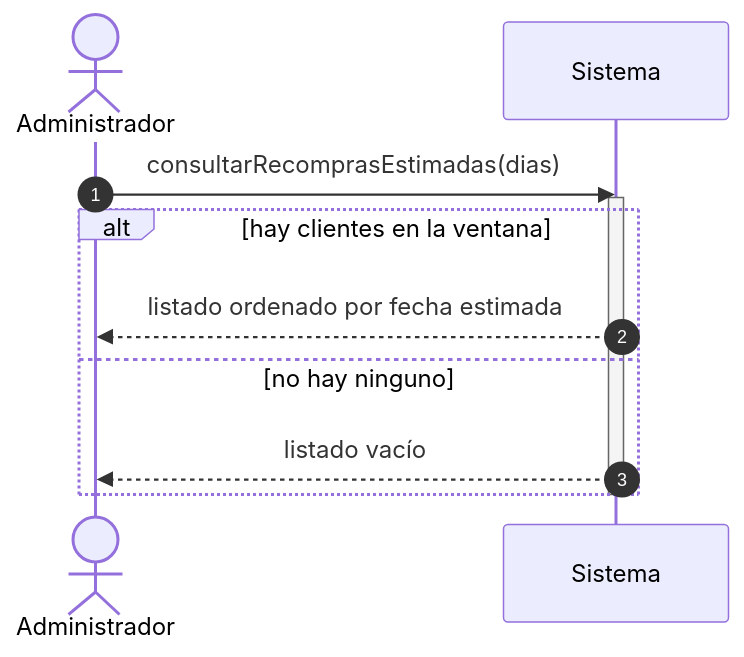
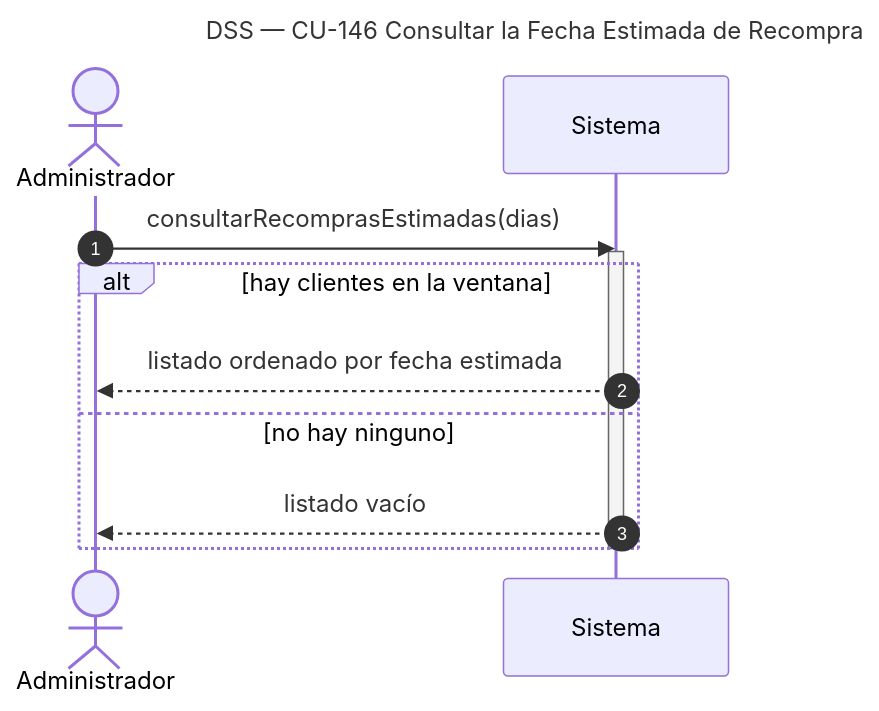
Before and after one commit to Nahuelito-Dev/splg-docs: the diagram in diagramas/DSS_CU-146_Consultar-la-Fecha-Estimada-de-Recompra.mmd, drawn with Mermaid. The commit also changed 296 other files, not shown here.

First line of the commit message:
feat(notacion): completar la notación UML de los 293 diagramas de secuencia

```diff
--- a/diagramas/DSS_CU-146_Consultar-la-Fecha-Estimada-de-Recompra.mmd
+++ b/diagramas/DSS_CU-146_Consultar-la-Fecha-Estimada-de-Recompra.mmd
@@ -1,13 +1,14 @@
 sequenceDiagram
+    title DSS — CU-146 Consultar la Fecha Estimada de Recompra
     autonumber
     actor ADM as Administrador
     participant SIS as Sistema
 
     ADM->>SIS: consultarRecomprasEstimadas(dias)
     activate SIS
     alt hay clientes en la ventana
         SIS-->>ADM: listado ordenado por fecha estimada
     else no hay ninguno
         SIS-->>ADM: listado vacío
     end
     deactivate SIS
```
